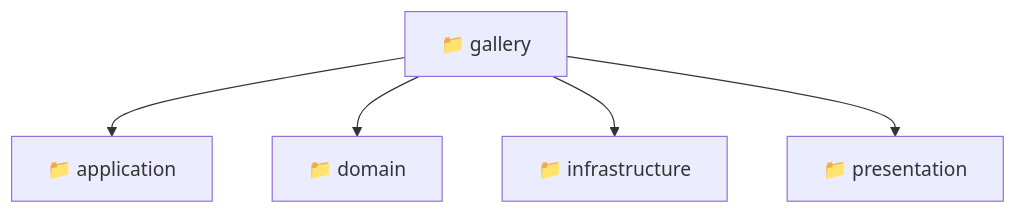
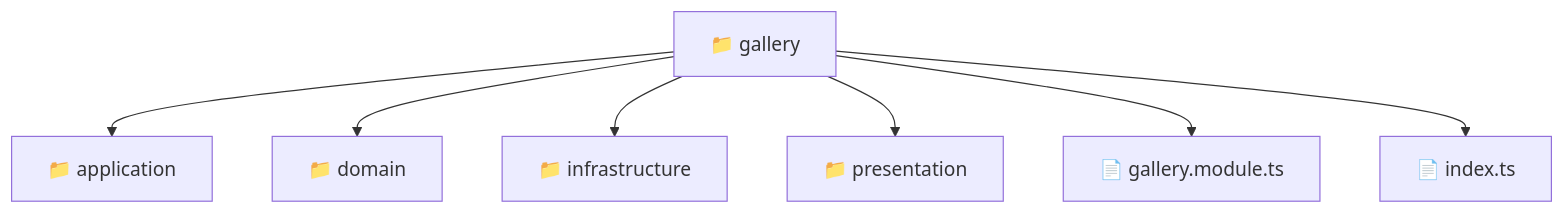
The diagram in backend/src/modules/gallery/README.md (beginwebdev2002/fullstack-mavluda), drawn with Mermaid before and after one commit. The commit also changed other lines of this file and 157 other files, not shown here.

First line of the commit message:
docs: generate localized readmes for architectural transparency

````diff
--- a/backend/src/modules/gallery/README.md
+++ b/backend/src/modules/gallery/README.md
@@ -9,8 +11,10 @@
 ```mermaid
 graph TD
   gallery["📁 gallery"]
-  gallery --> application["📁 application"]
-  gallery --> domain["📁 domain"]
-  gallery --> infrastructure["📁 infrastructure"]
-  gallery --> presentation["📁 presentation"]
+  gallery --> gallery_application["📁 application"]
+  gallery --> gallery_domain["📁 domain"]
+  gallery --> gallery_infrastructure["📁 infrastructure"]
+  gallery --> gallery_presentation["📁 presentation"]
+  gallery --> gallery_gallery_module_ts["📄 gallery.module.ts"]
+  gallery --> gallery_index_ts["📄 index.ts"]
 ```
````
